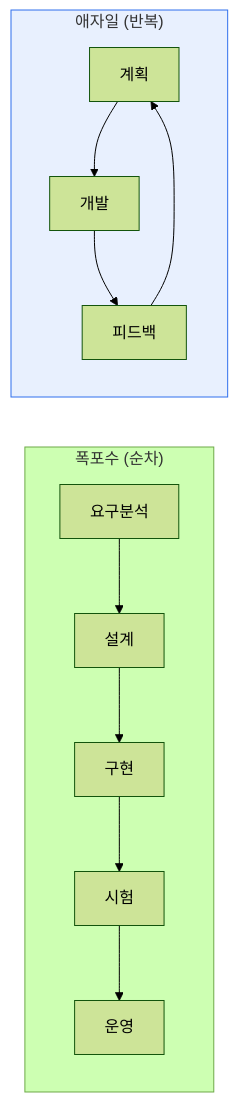
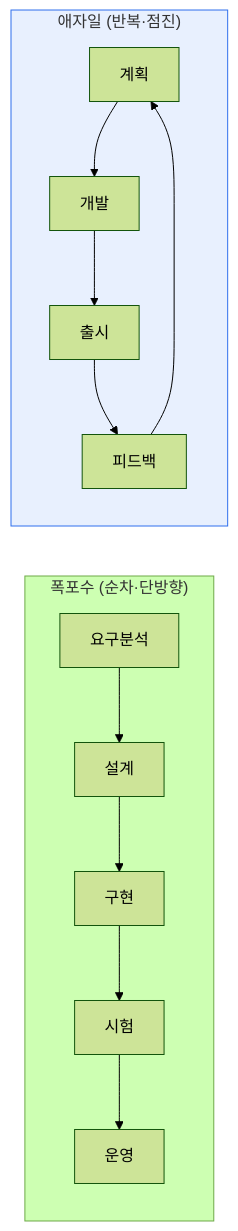
Before and after one commit to coninggu/wjdqhrhksflrltnftk: the diagram in content/waterfall-vs-agile.md, drawn with Mermaid (forest theme). The commit also changed other lines of this file and 5 other files, not shown here.

````diff
--- a/content/waterfall-vs-agile.md
+++ b/content/waterfall-vs-agile.md
@@ -12,10 +15,10 @@
 ```mermaid
 flowchart LR
-  subgraph W["폭포수 (순차)"]
+  subgraph W["폭포수 (순차·단방향)"]
     W1[요구분석] --> W2[설계] --> W3[구현] --> W4[시험] --> W5[운영]
   end
-  subgraph A["애자일 (반복)"]
-    A1[계획] --> A2[개발] --> A3[피드백] --> A1
+  subgraph A["애자일 (반복·점진)"]
+    A1[계획] --> A2[개발] --> A3[출시] --> A4[피드백] --> A1
   end
   style A fill:#e8f0fe,stroke:#2f6fed
 ```
````
